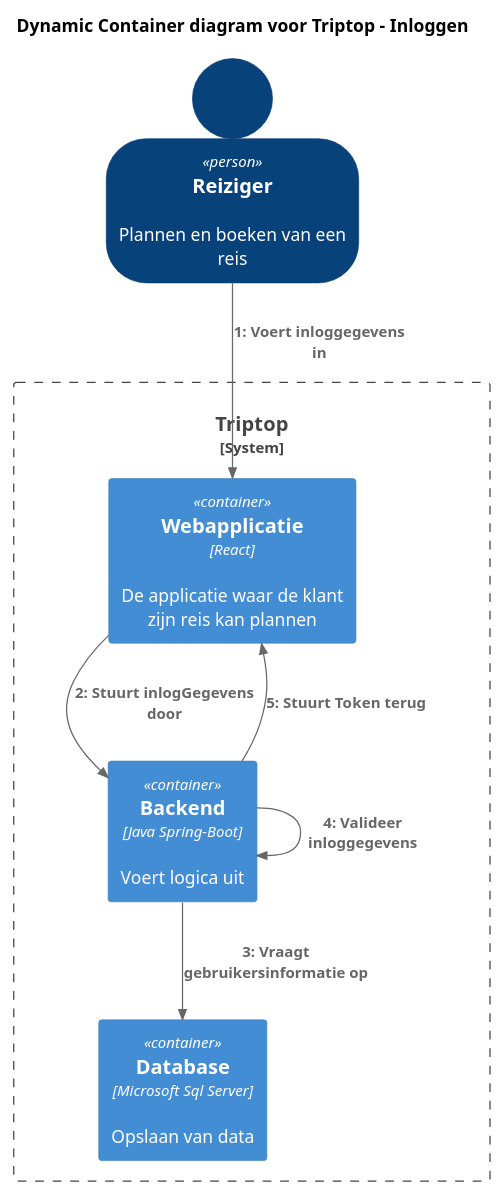
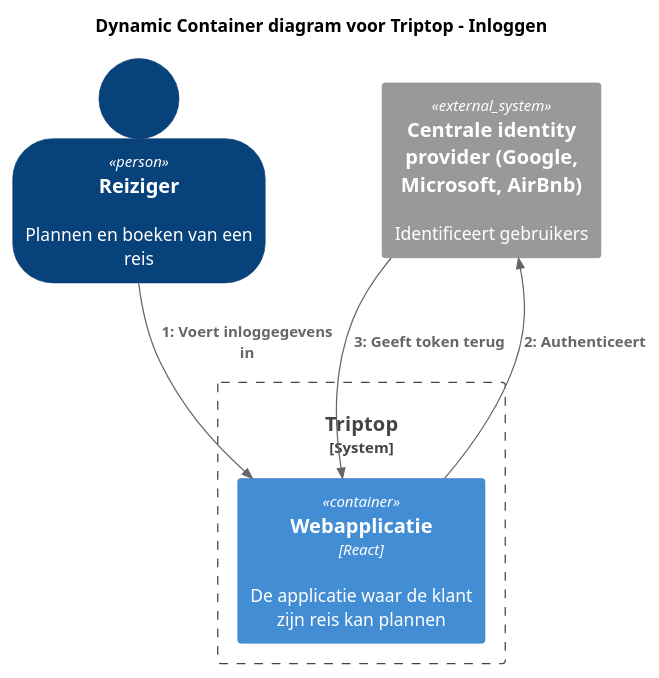
The diagram in c4 Dynamische container diagram inloggen.puml (AIM-ENE-feb25/triptop-groep-tweeeeeeeeeeeeeeeeeeeeee), drawn with PlantUML before and after one commit. The commit also changed 9 other files, not shown here.

Commit message:
Aanpassingen aan diagrammen en software guidebook

```diff
--- a/c4 Dynamische container diagram inloggen.puml
+++ b/c4 Dynamische container diagram inloggen.puml
@@ -1,23 +1,20 @@
 @startuml
 !include https://raw.githubusercontent.com/plantuml-stdlib/C4-PlantUML/master/C4_Dynamic.puml
 
 title Dynamic Container diagram voor Triptop - Inloggen
 SHOW_PERSON_OUTLINE()
 LAYOUT_TOP_DOWN()
 
 Person(Reiziger, "Reiziger", "Plannen en boeken van een reis")
 
 System_Boundary(s1, Triptop){
 Container(webApp,"Webapplicatie","React", "De applicatie waar de klant zijn reis kan plannen")
-Container(Backend, "Backend", "Java Spring-Boot", "Voert logica uit")
-Container(Database, "Database", "Microsoft Sql Server", "Opslaan van data")
 }
 
+System_Ext(centrale_identity_provider, "Centrale identity provider (Google, Microsoft, AirBnb)", "Identificeert gebruikers")
 
 
 Rel(Reiziger, webApp, "Voert inloggegevens in")
-Rel(webApp, Backend, "Stuurt inlogGegevens door")
-Rel(Backend, Database, "Vraagt gebruikersinformatie op")
-Rel(Backend, Backend, "Valideer inloggegevens")
-Rel(Backend, webApp, "Stuurt Token terug")
+Rel(webApp, centrale_identity_provider, "Authenticeert")
+Rel(centrale_identity_provider,webApp, "Geeft token terug")
 @enduml
```
